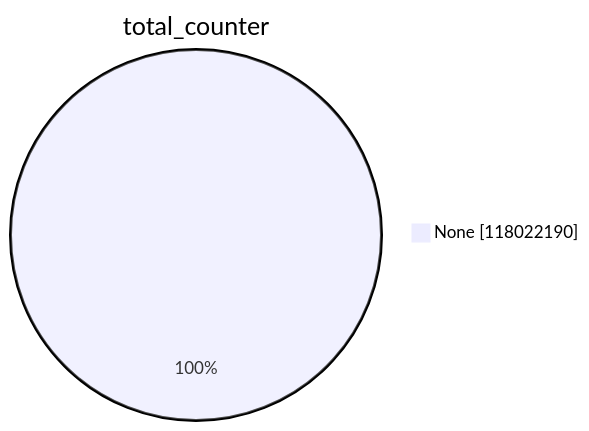
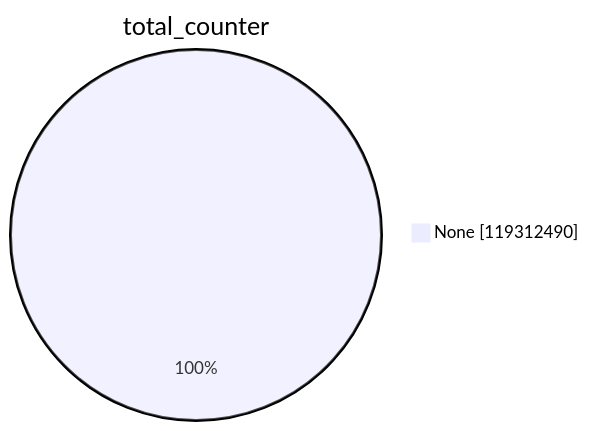
The first of 15 diagrams in xenon2023/README.md (christiankrug/ctmonitor_visualization), drawn with Mermaid before and after one commit. The commit also changed other lines of this file, not shown here.

````diff
--- a/xenon2023/README.md
+++ b/xenon2023/README.md
@@ -1,5 +1,5 @@
 ```mermaid
 pie showData
 title total_counter
-"None" :118022190
+"None" :119312490
 ```
````
